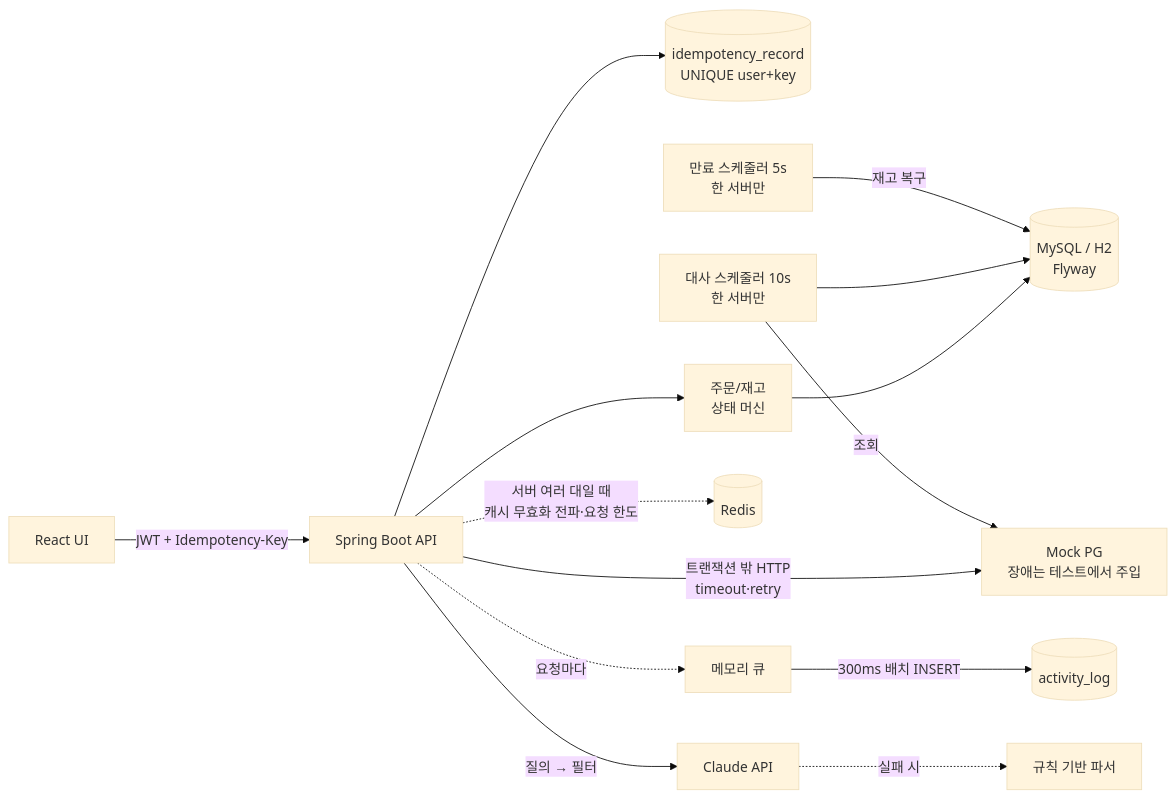
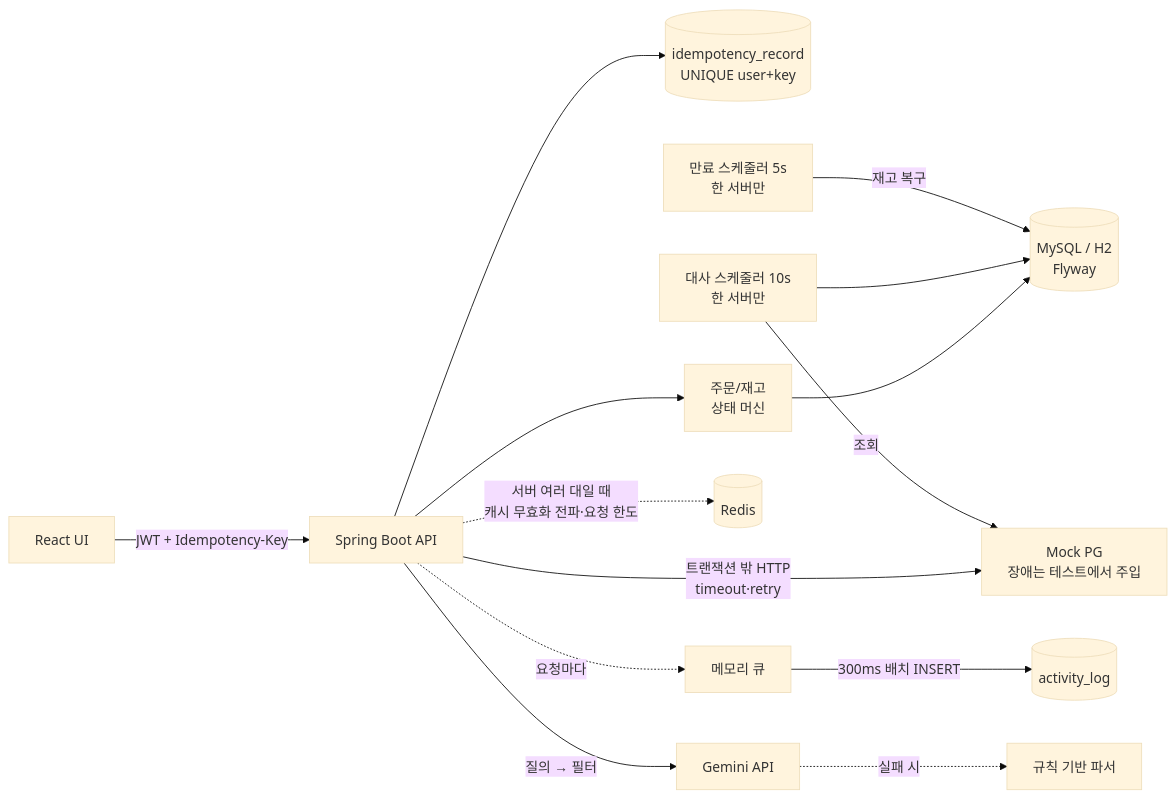
The first of 3 diagrams in README.md (parkhh16/flashdeal), drawn with Mermaid (base theme) before and after one commit. The commit also changed other lines of this file and 2 other files, not shown here.

Commit message:
docs: Gemini 연결과 실제 호출 결과

````diff
--- a/README.md
+++ b/README.md
@@ -114,15 +114,15 @@
 ```mermaid
 flowchart LR
     U[React UI] -->|JWT + Idempotency-Key| API[Spring Boot API]
     API --> IDEM[(idempotency_record<br/>UNIQUE user+key)]
     API --> ORDER[주문/재고<br/>상태 머신]
     ORDER --> DB[(MySQL / H2<br/>Flyway)]
     API -->|트랜잭션 밖 HTTP<br/>timeout·retry| PG[Mock PG<br/>장애는 테스트에서 주입]
     RECON[대사 스케줄러 10s<br/>한 서버만] -->|조회| PG
     RECON --> DB
     EXP[만료 스케줄러 5s<br/>한 서버만] -->|재고 복구| DB
     API -.서버 여러 대일 때<br/>캐시 무효화 전파·요청 한도.-> REDIS[(Redis)]
     API -.요청마다.-> Q[메모리 큐] -->|300ms 배치 INSERT| LOG[(activity_log)]
-    API -->|질의 → 필터| LLM[Claude API]
+    API -->|질의 → 필터| LLM[Gemini API]
     LLM -.실패 시.-> RULE[규칙 기반 파서]
 ```
````
